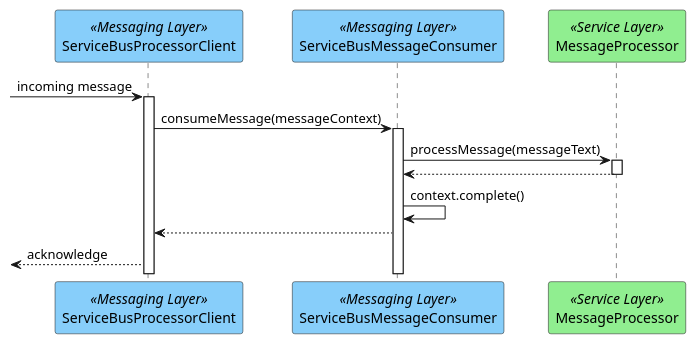
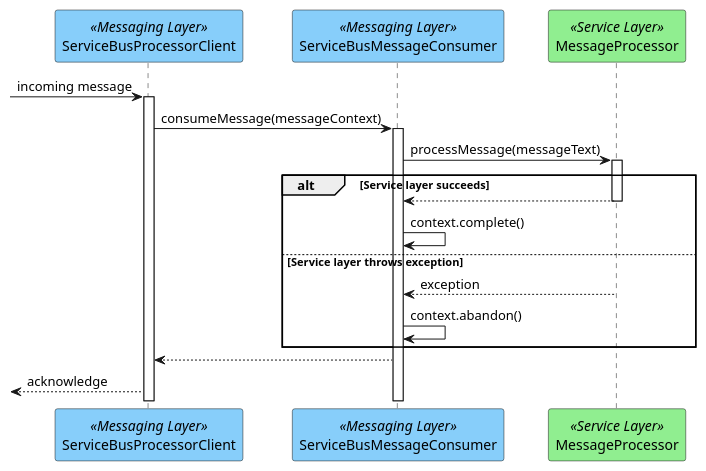
One commit to hmcts/opal-docs changed the diagram in plantUML/reference-data/messaging_layer.puml. Above: the diagram before and after it, drawn with PlantUML.

Commit message:
messaging layer - exceptions

```diff
--- a/plantUML/reference-data/messaging_layer.puml
+++ b/plantUML/reference-data/messaging_layer.puml
@@ -1,19 +1,24 @@
 @startuml
 participant "ServiceBusProcessorClient" as sdkClient <<Messaging Layer>> #lightskyblue
 participant "ServiceBusMessageConsumer" as consumer <<Messaging Layer>> #lightskyblue
 participant "MessageProcessor" as serviceLayer <<Service Layer>> #lightgreen
 
 -> sdkClient ++ : incoming message
 
 sdkClient -> consumer ++ : consumeMessage(messageContext)
 
 consumer -> serviceLayer ++ : processMessage(messageText)
-serviceLayer --> consumer --
 
-consumer -> consumer : context.complete()
+alt Service layer succeeds
+    serviceLayer --> consumer --
+    consumer -> consumer : context.complete()
+else Service layer throws exception
+    serviceLayer --> consumer -- : exception
+    consumer -> consumer : context.abandon()
+end
 
 consumer --> sdkClient
 
 [<-- sdkClient : acknowledge
 
 @enduml
```
